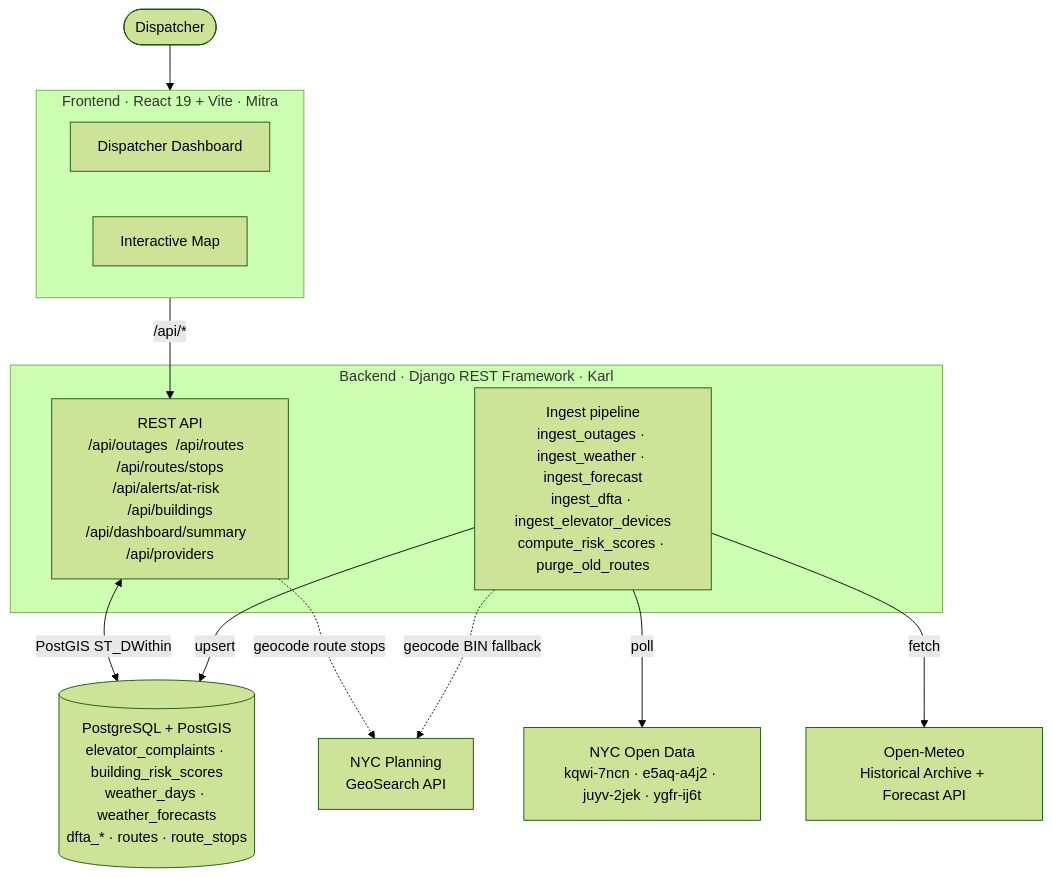
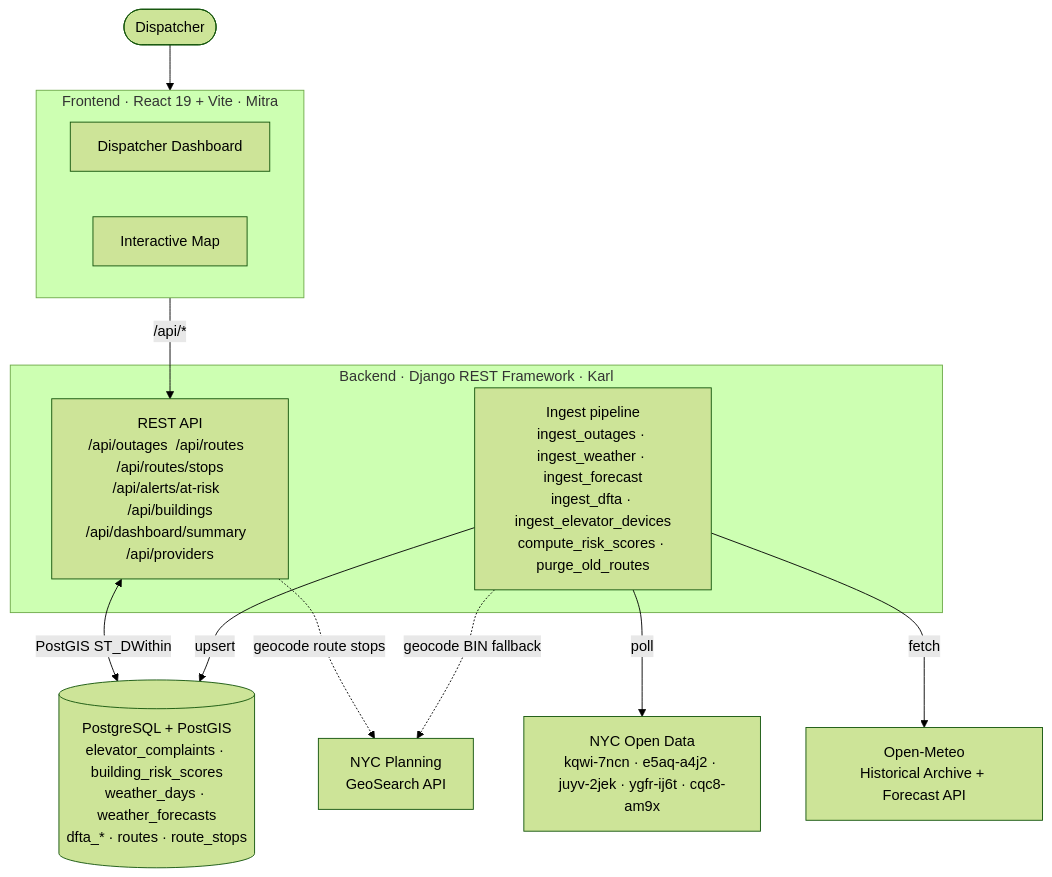
One commit to hirekarl/proactive-care-route-optimizer changed the diagram in README.md. Above: the diagram before and after it, drawn with Mermaid (forest theme). The commit also changed other lines of this file, not shown here.

First line of the commit message:
docs(readme): sync architecture, data sources, env vars, and project structure

````diff
--- a/README.md
+++ b/README.md
@@ -42,29 +42,29 @@
 ```mermaid
 flowchart TD
     Dispatcher(["Dispatcher"])
 
     subgraph FE ["Frontend · React 19 + Vite · Mitra"]
         Dashboard["Dispatcher Dashboard"]
         MapView["Interactive Map"]
     end
 
     subgraph BE ["Backend · Django REST Framework · Karl"]
         API["REST API\n/api/outages  /api/routes  /api/routes/stops\n/api/alerts/at-risk  /api/buildings\n/api/dashboard/summary  /api/providers"]
         Pipeline["Ingest pipeline\ningest_outages · ingest_weather · ingest_forecast\ningest_dfta · ingest_elevator_devices\ncompute_risk_scores · purge_old_routes"]
     end
 
     DB[("PostgreSQL + PostGIS\nelevator_complaints · building_risk_scores\nweather_days · weather_forecasts\ndfta_* · routes · route_stops")]
 
-    NOD["NYC Open Data\nkqwi-7ncn · e5aq-a4j2 · juyv-2jek · ygfr-ij6t"]
+    NOD["NYC Open Data\nkqwi-7ncn · e5aq-a4j2 · juyv-2jek · ygfr-ij6t · cqc8-am9x"]
     OM["Open-Meteo\nHistorical Archive + Forecast API"]
     GS["NYC Planning\nGeoSearch API"]
 
     Dispatcher --> FE
     FE -->|/api/*| API
     API <-->|PostGIS ST_DWithin| DB
     Pipeline -->|upsert| DB
     Pipeline -->|poll| NOD
     Pipeline -->|fetch| OM
     API -.->|geocode route stops| GS
     Pipeline -.->|geocode BIN fallback| GS
 ```
````
